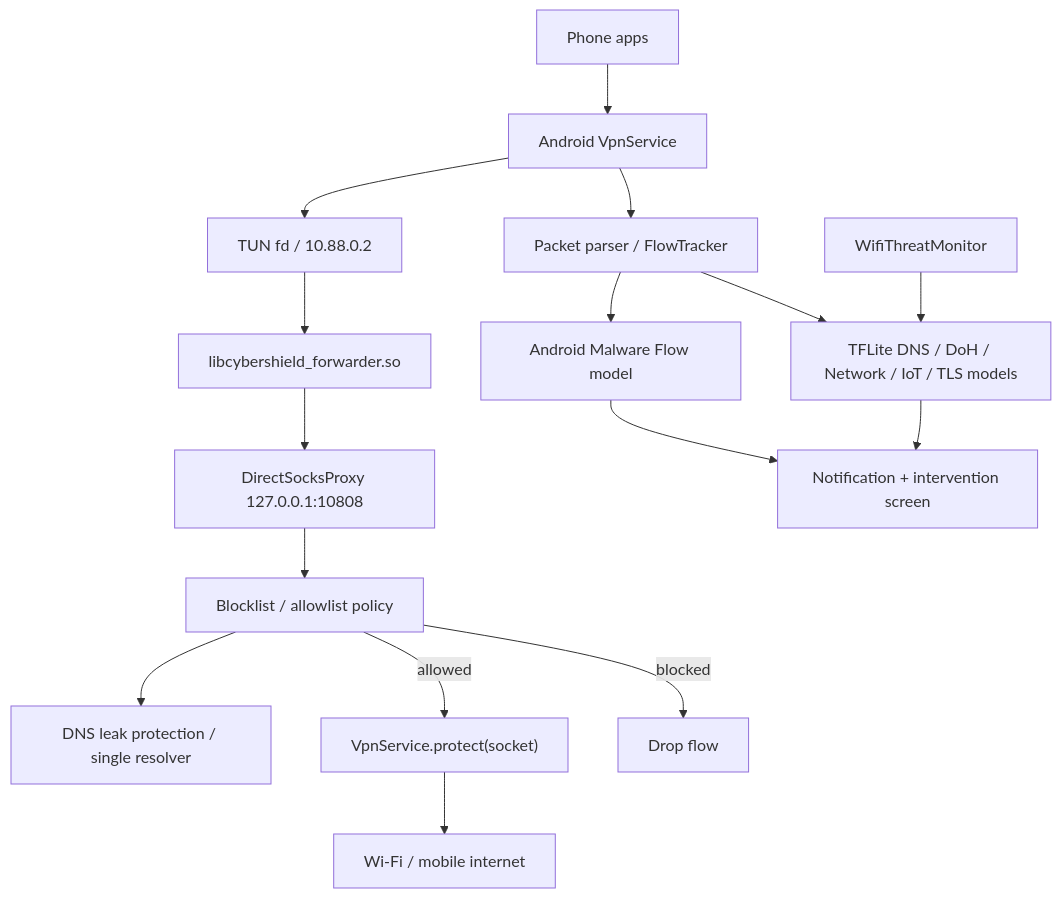
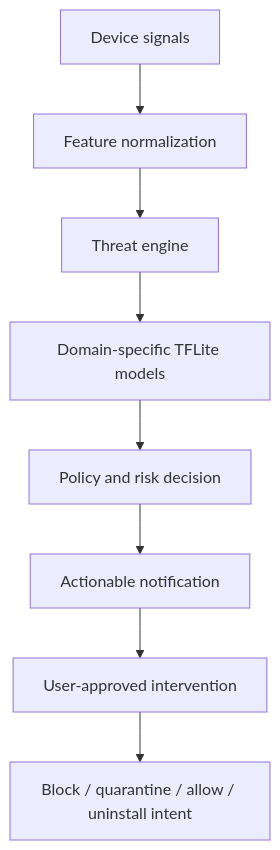
The diagram in docs/DEFENSE_ARCHITECTURE.md (chefvolkan53-ctrl/CyberShieldAndroid), drawn with Mermaid before and after one commit. The commit also changed other lines of this file and 6 other files, not shown here.

````diff
--- a/docs/DEFENSE_ARCHITECTURE.md
+++ b/docs/DEFENSE_ARCHITECTURE.md
@@ -61,18 +28,10 @@
 ```mermaid
 flowchart TD
-    Apps["Phone apps"] --> AndroidVpn["Android VpnService"]
-    AndroidVpn --> Tun["TUN fd / 10.88.0.2"]
-    Tun --> Native["libcybershield_forwarder.so"]
-    Native --> Socks["DirectSocksProxy 127.0.0.1:10808"]
-    Socks --> Policy["Blocklist / allowlist policy"]
-    Policy --> DnsGuard["DNS leak protection / single resolver"]
-    Policy -->|allowed| Protect["VpnService.protect(socket)"]
-    Policy -->|blocked| Drop["Drop flow"]
-    Protect --> Internet["Wi-Fi / mobile internet"]
-    AndroidVpn --> Parser["Packet parser / FlowTracker"]
-    Parser --> Models["TFLite DNS / DoH / Network / IoT / TLS models"]
-    Parser --> AndroidFlow["Android Malware Flow model"]
-    Wifi["WifiThreatMonitor"] --> Models
-    AndroidFlow --> Intervention
-    Models --> Intervention["Notification + intervention screen"]
+    Sources["Device signals"] --> Normalize["Feature normalization"]
+    Normalize --> Engine["Threat engine"]
+    Engine --> Models["Domain-specific TFLite models"]
+    Models --> Policy["Policy and risk decision"]
+    Policy --> Notify["Actionable notification"]
+    Notify --> Intervention["User-approved intervention"]
+    Intervention --> Result["Block / quarantine / allow / uninstall intent"]
 ```
````
